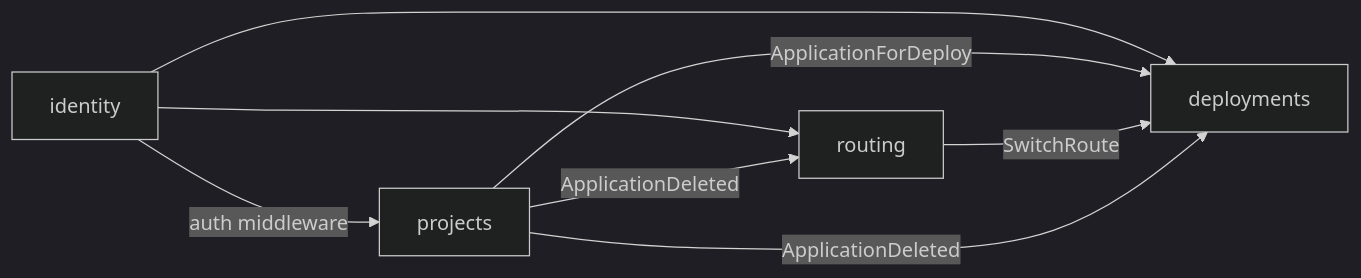
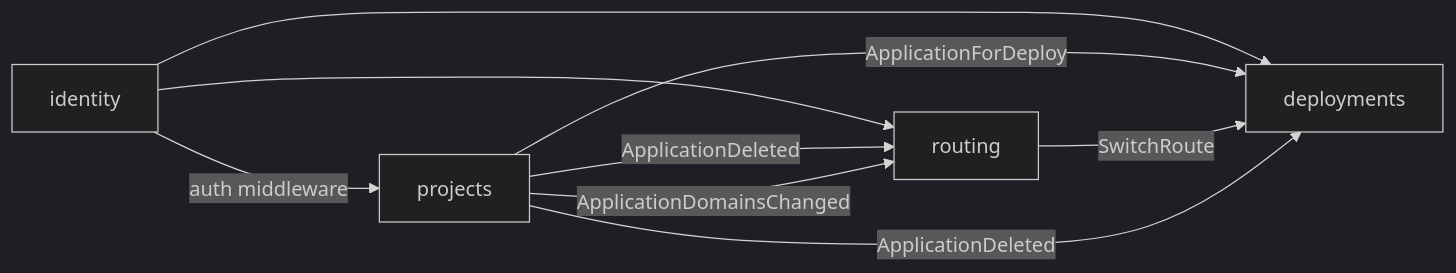
One commit to jevido/bakery changed the diagram in docs/domain/context-map.md. Above: the diagram before and after it, drawn with Mermaid (dark theme). The commit also changed other lines of this file and 4 other files, not shown here.

````diff
--- a/docs/domain/context-map.md
+++ b/docs/domain/context-map.md
@@ -38,10 +39,11 @@
 ```mermaid
 flowchart LR
   identity -->|auth middleware| projects
   identity --> deployments
   identity --> routing
   projects -->|ApplicationForDeploy| deployments
   routing -->|SwitchRoute| deployments
   projects -->|ApplicationDeleted| routing
   projects -->|ApplicationDeleted| deployments
+  projects -->|ApplicationDomainsChanged| routing
 ```
````
